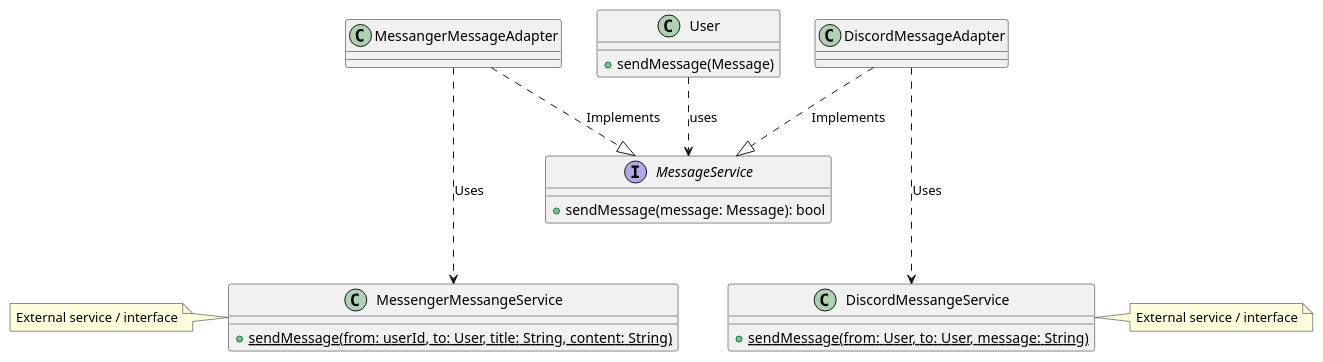
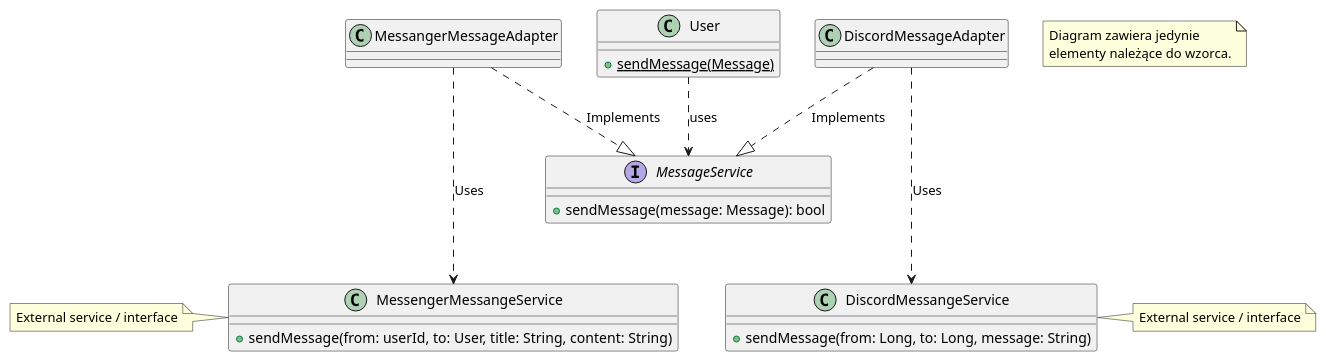
One commit to filip-stepien/software-engineering-lab changed the diagram in src/pattern_diagrams/rafal/messange_adapters.puml. Above: the diagram before and after it, drawn with PlantUML. The commit also changed 13 other files, not shown here.

```diff
--- a/src/pattern_diagrams/rafal/messange_adapters.puml
+++ b/src/pattern_diagrams/rafal/messange_adapters.puml
@@ -1,41 +1,42 @@
 @startuml "Message adapters"
 
 class User{
-  + sendMessage(Message)
+  + {static} sendMessage(Message)
 }
 
 
 interface MessageService{
   + sendMessage(message: Message): bool
 }
 
 
 User -.> MessageService : "uses"
 
 class MessangerMessageAdapter{
   
 }
 
 MessangerMessageAdapter -.|> MessageService : "Implements"
 MessangerMessageAdapter -.-> MessengerMessangeService : "Uses"
 
 class MessengerMessangeService{
-  + {static} sendMessage(from: userId, to: User, title: String, content: String)
+  + sendMessage(from: userId, to: User, title: String, content: String)
 }
 note left
 External service / interface
 end note
 
 class DiscordMessangeService{
-  + {static} sendMessage(from: User, to: User, message: String)
+  + sendMessage(from: Long, to: Long, message: String)
 }
 
 note right
 External service / interface
 end note
 
 DiscordMessageAdapter -.|> MessageService : "Implements"
 DiscordMessageAdapter -.-> DiscordMessangeService : "Uses"
 
+note "Diagram zawiera jedynie\nelementy należące do wzorca." as n
 
 @enduml
```
